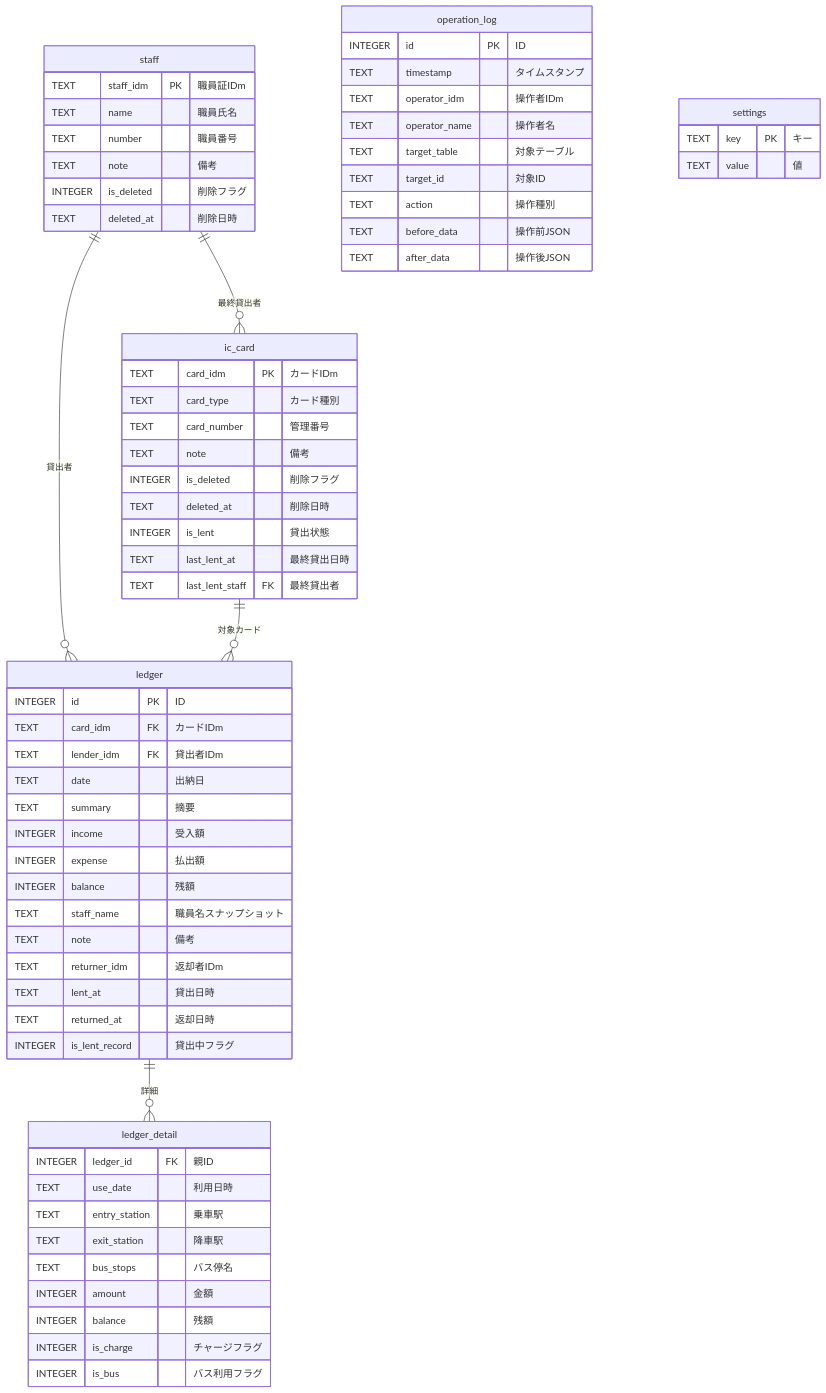
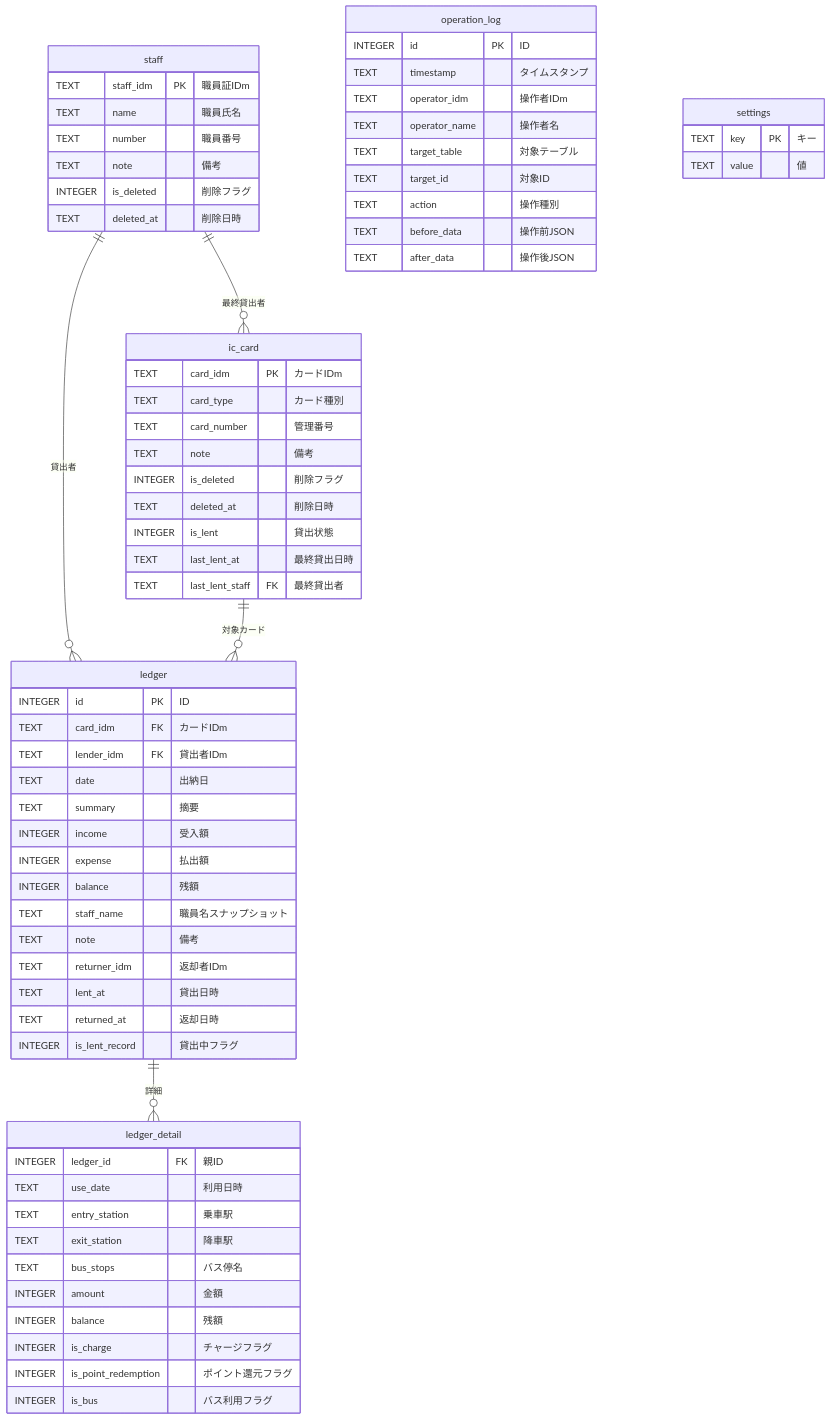
Before and after one commit to kuwayamamasayuki/ICCardManager: the fourth of 7 diagrams in ICCardManager/docs/manual/開発者ガイド.md, drawn with Mermaid. The commit also changed other lines of this file and 1 other file, not shown here.

Commit message:
docs: マニュアルにポイント還元対応を追記 (#378)
- ユーザーマニュアル: 履歴の種別にポイント還元を追加
- 開発者ガイド: ledger_detailにis_point_redemptionカラム追加

````diff
--- a/ICCardManager/docs/manual/開発者ガイド.md
+++ b/ICCardManager/docs/manual/開発者ガイド.md
@@ -250,74 +250,75 @@
 ```mermaid
 erDiagram
     staff ||--o{ ic_card : "最終貸出者"
     staff ||--o{ ledger : "貸出者"
     ic_card ||--o{ ledger : "対象カード"
     ledger ||--o{ ledger_detail : "詳細"
 
     staff {
         TEXT staff_idm PK "職員証IDm"
         TEXT name "職員氏名"
         TEXT number "職員番号"
         TEXT note "備考"
         INTEGER is_deleted "削除フラグ"
         TEXT deleted_at "削除日時"
     }
 
     ic_card {
         TEXT card_idm PK "カードIDm"
         TEXT card_type "カード種別"
         TEXT card_number "管理番号"
         TEXT note "備考"
         INTEGER is_deleted "削除フラグ"
         TEXT deleted_at "削除日時"
         INTEGER is_lent "貸出状態"
         TEXT last_lent_at "最終貸出日時"
         TEXT last_lent_staff FK "最終貸出者"
     }
 
     ledger {
         INTEGER id PK "ID"
         TEXT card_idm FK "カードIDm"
         TEXT lender_idm FK "貸出者IDm"
         TEXT date "出納日"
         TEXT summary "摘要"
         INTEGER income "受入額"
         INTEGER expense "払出額"
         INTEGER balance "残額"
         TEXT staff_name "職員名スナップショット"
         TEXT note "備考"
         TEXT returner_idm "返却者IDm"
         TEXT lent_at "貸出日時"
         TEXT returned_at "返却日時"
         INTEGER is_lent_record "貸出中フラグ"
     }
 
     ledger_detail {
         INTEGER ledger_id FK "親ID"
         TEXT use_date "利用日時"
         TEXT entry_station "乗車駅"
         TEXT exit_station "降車駅"
         TEXT bus_stops "バス停名"
         INTEGER amount "金額"
         INTEGER balance "残額"
         INTEGER is_charge "チャージフラグ"
+        INTEGER is_point_redemption "ポイント還元フラグ"
         INTEGER is_bus "バス利用フラグ"
     }
 
     operation_log {
         INTEGER id PK "ID"
         TEXT timestamp "タイムスタンプ"
         TEXT operator_idm "操作者IDm"
         TEXT operator_name "操作者名"
         TEXT target_table "対象テーブル"
         TEXT target_id "対象ID"
         TEXT action "操作種別"
         TEXT before_data "操作前JSON"
         TEXT after_data "操作後JSON"
     }
 
     settings {
         TEXT key PK "キー"
         TEXT value "値"
     }
 ```
````
